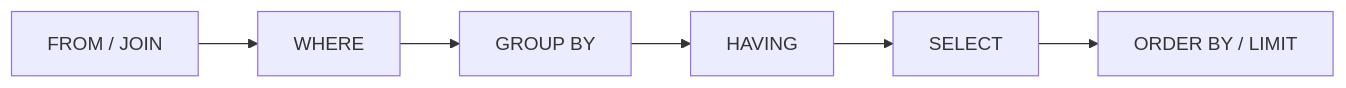
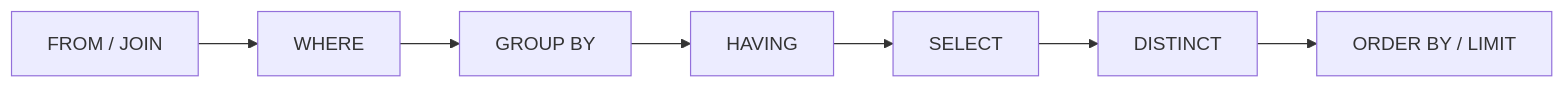
One commit to hcmute-dsc/learning-hub-content changed the diagram in tracks/sql-30-days/modules/02-aggregation-and-joins/lessons/14-review-2.md. Above: the diagram before and after it, drawn with Mermaid. The commit also changed 96 other files, not shown here.

````diff
--- a/tracks/sql-30-days/modules/02-aggregation-and-joins/lessons/14-review-2.md
+++ b/tracks/sql-30-days/modules/02-aggregation-and-joins/lessons/14-review-2.md
@@ -46,4 +46,4 @@
 ```mermaid
 flowchart LR
-    F["FROM / JOIN"] --> W["WHERE"] --> G["GROUP BY"] --> H["HAVING"] --> S["SELECT"] --> O["ORDER BY / LIMIT"]
+    F["FROM / JOIN"] --> W["WHERE"] --> G["GROUP BY"] --> H["HAVING"] --> S["SELECT"] --> D["DISTINCT"] --> O["ORDER BY / LIMIT"]
 ```
````
